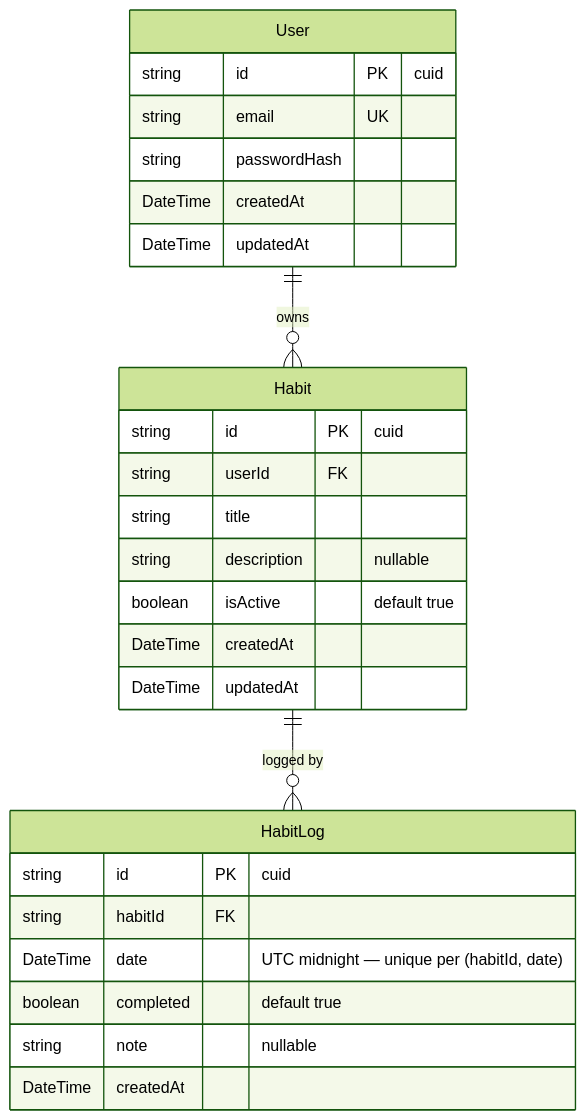
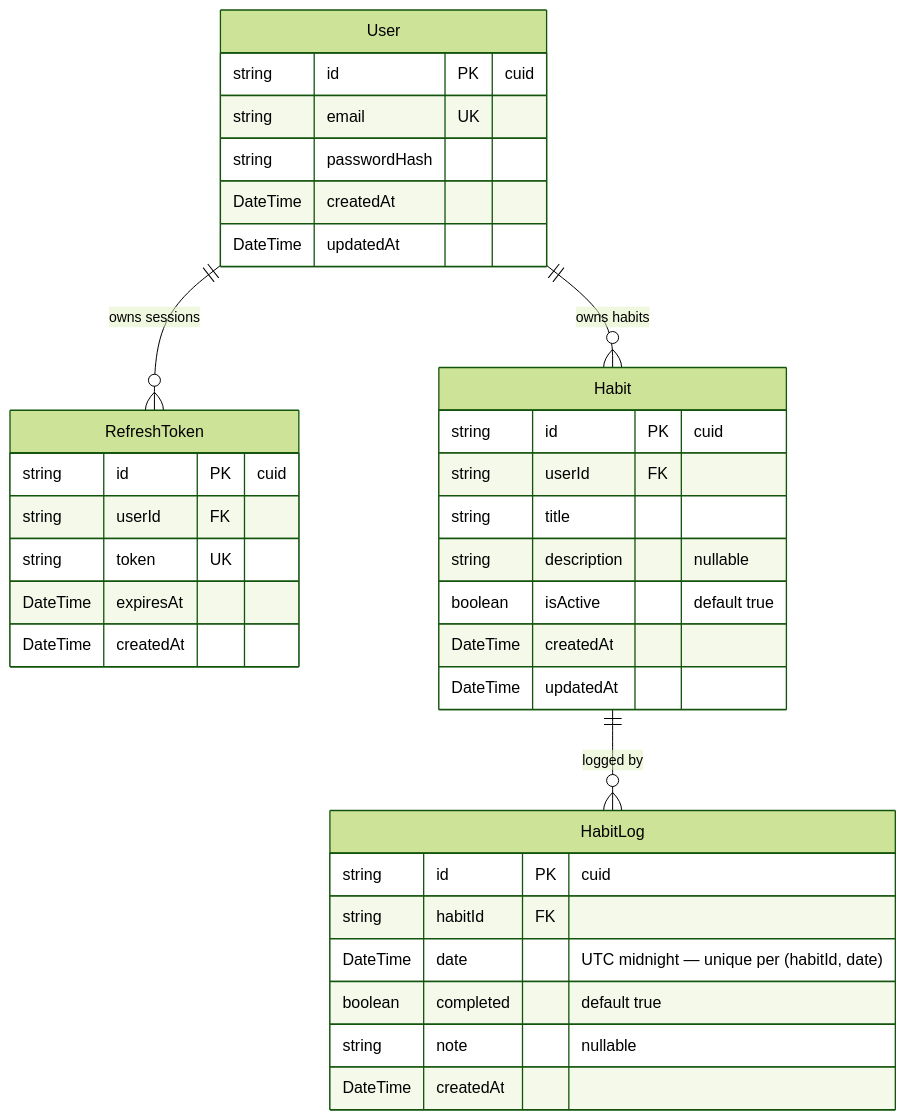
Before and after one commit to GeorgiDS9/habit-coach-api: the third of 5 diagrams in ARCHITECTURE_FLOWS.md, drawn with Mermaid (forest theme). The commit also changed other lines of this file, not shown here.

Commit message:
docs(api): align architecture flows and runbook with current auth/data model

````diff
--- a/ARCHITECTURE_FLOWS.md
+++ b/ARCHITECTURE_FLOWS.md
@@ -96,32 +125,37 @@
 ```mermaid
 erDiagram
     User {
         string id PK "cuid"
         string email UK
         string passwordHash
         DateTime createdAt
         DateTime updatedAt
     }
-
+    RefreshToken {
+        string id PK "cuid"
+        string userId FK
+        string token UK
+        DateTime expiresAt
+        DateTime createdAt
+    }
     Habit {
         string id PK "cuid"
         string userId FK
         string title
         string description "nullable"
         boolean isActive "default true"
         DateTime createdAt
         DateTime updatedAt
     }
-
     HabitLog {
         string id PK "cuid"
         string habitId FK
         DateTime date "UTC midnight — unique per (habitId, date)"
         boolean completed "default true"
         string note "nullable"
         DateTime createdAt
     }
-
-    User ||--o{ Habit : "owns"
+    User ||--o{ RefreshToken : "owns sessions"
+    User ||--o{ Habit : "owns habits"
     Habit ||--o{ HabitLog : "logged by"
 ```
````
